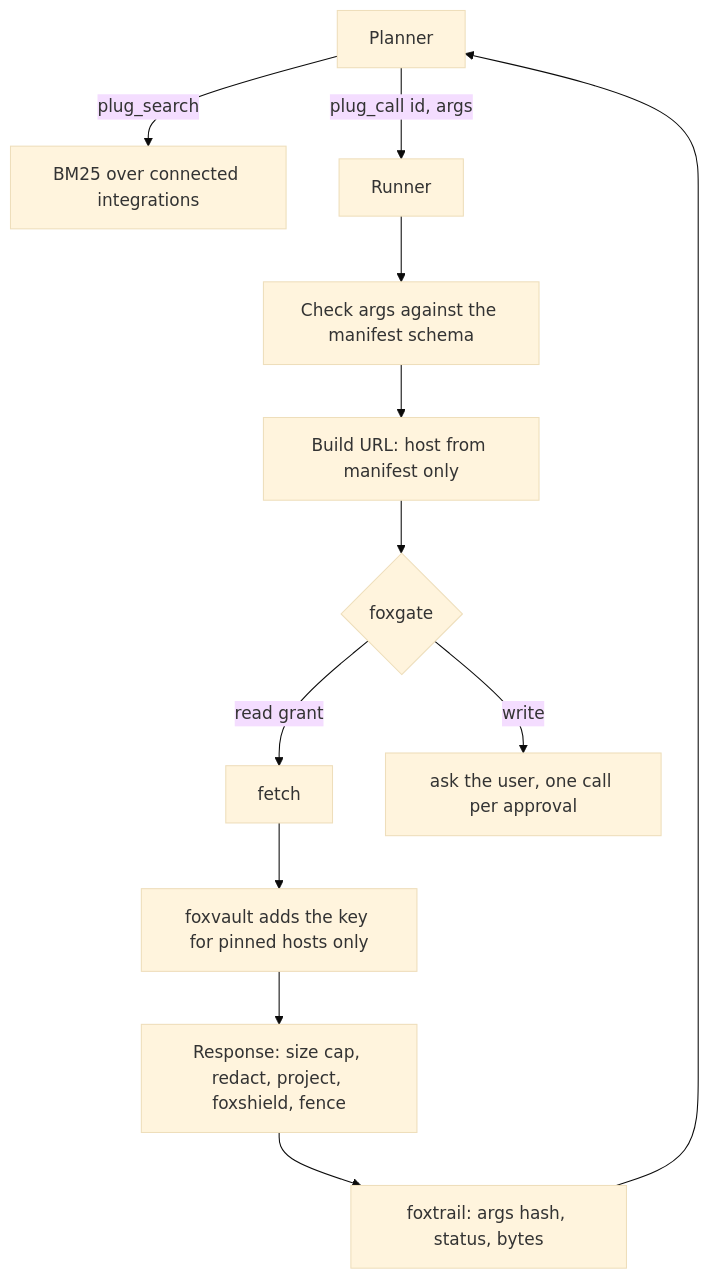
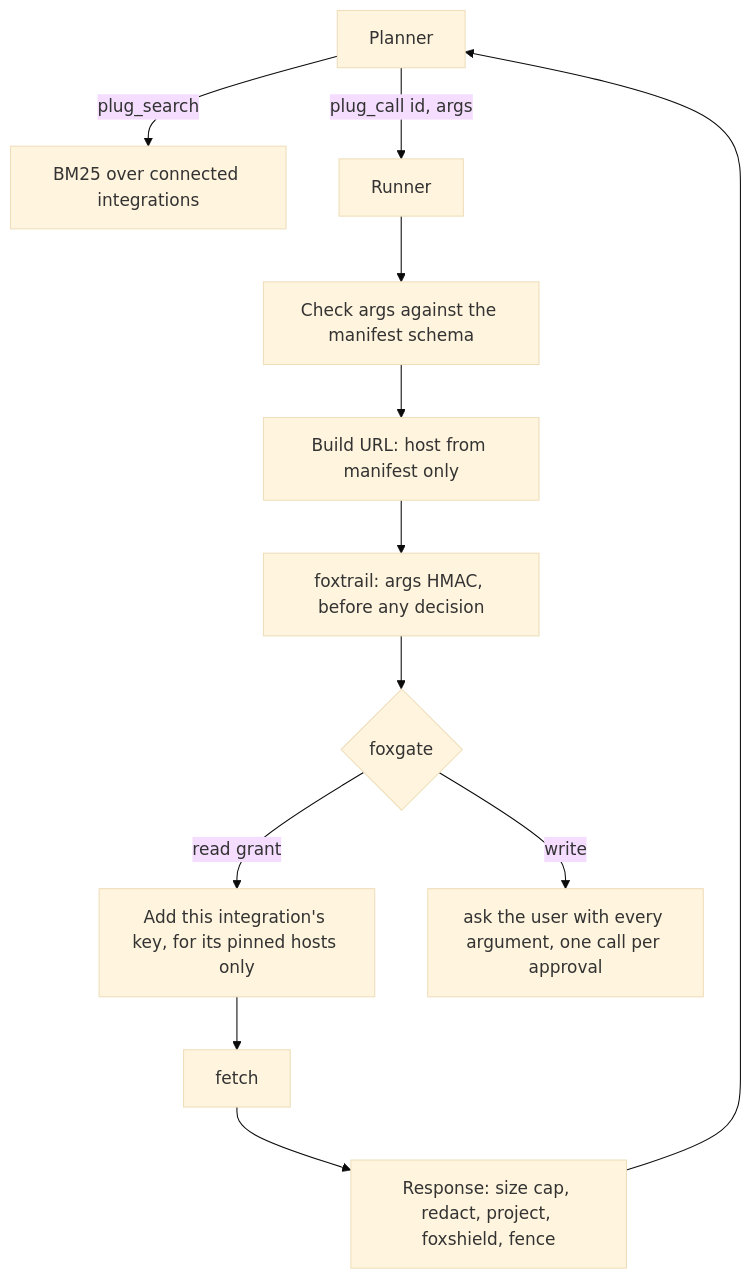
One commit to pooriaarab/foxplug changed the first of 2 diagrams in README.md. Above: the diagram before and after it, drawn with Mermaid (base theme). The commit also changed other lines of this file, not shown here.

````diff
--- a/README.md
+++ b/README.md
@@ -87,14 +87,14 @@
 ```mermaid
 flowchart TD
   P[Planner] -->|plug_search| S[BM25 over connected integrations]
   P -->|plug_call id, args| R[Runner]
   R --> A[Check args against the manifest schema]
   A --> U[Build URL: host from manifest only]
-  U --> G{foxgate}
-  G -- read grant --> F[fetch]
-  G -- write --> Q[ask the user, one call per approval]
-  F --> V[foxvault adds the key for pinned hosts only]
-  V --> X[Response: size cap, redact, project, foxshield, fence]
-  X --> T[foxtrail: args hash, status, bytes]
-  T --> P
+  U --> T[foxtrail: args HMAC, before any decision]
+  T --> G{foxgate}
+  G -- read grant --> V[Add this integration's key, for its pinned hosts only]
+  G -- write --> Q[ask the user with every argument, one call per approval]
+  V --> F[fetch]
+  F --> X[Response: size cap, redact, project, foxshield, fence]
+  X --> P
 ```
````
